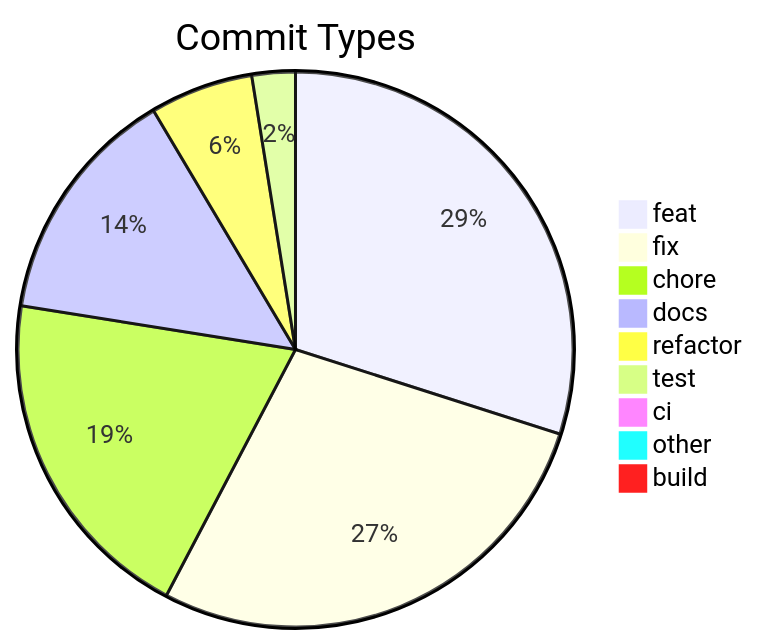
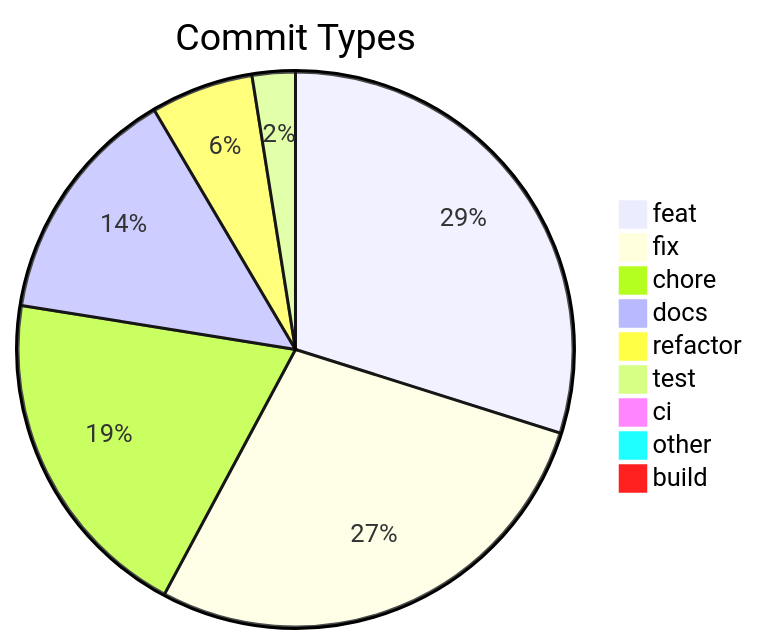
Before and after one commit to svenroth-ai/shipwright: the diagram in .shipwright/compliance/change-history.md, drawn with Mermaid. The commit also changed other lines of this file and 7 other files, not shown here.

````diff
--- a/.shipwright/compliance/change-history.md
+++ b/.shipwright/compliance/change-history.md
@@ -8,12 +8,12 @@
 ```mermaid
 pie title Commit Types
-    "feat" : 249
-    "fix" : 231
+    "feat" : 250
+    "fix" : 234
     "chore" : 165
-    "docs" : 116
+    "docs" : 117
     "refactor" : 50
     "test" : 21
     "ci" : 7
     "other" : 7
     "build" : 1
 ```
````
